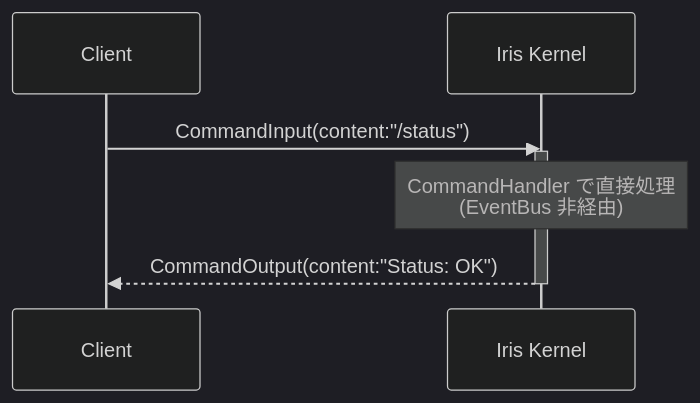
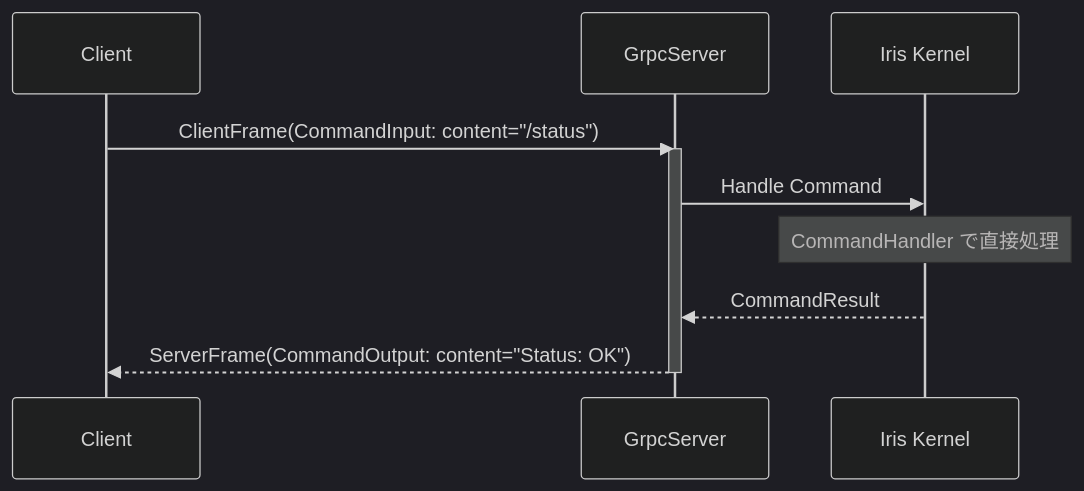
One commit to ibukani/iris-mind changed the second of 2 diagrams in docs/ipc-spec.md. Above: the diagram before and after it, drawn with Mermaid (dark theme). The commit also changed other lines of this file and 31 other files, not shown here.

````diff
--- a/docs/ipc-spec.md
+++ b/docs/ipc-spec.md
@@ -271,11 +172,14 @@
 ```mermaid
 sequenceDiagram
     participant Client
+    participant Server as GrpcServer
     participant Kernel as Iris Kernel
 
-    Client->>Kernel: CommandInput(content:"/status")
-    activate Kernel
-    Note over Kernel: CommandHandler で直接処理<br/>(EventBus 非経由)
-    Kernel-->>Client: CommandOutput(content:"Status: OK")
-    deactivate Kernel
+    Client->>Server: ClientFrame(CommandInput: content="/status")
+    activate Server
+    Server->>Kernel: Handle Command
+    Note over Kernel: CommandHandler で直接処理
+    Kernel-->>Server: CommandResult
+    Server-->>Client: ServerFrame(CommandOutput: content="Status: OK")
+    deactivate Server
 ```
````
